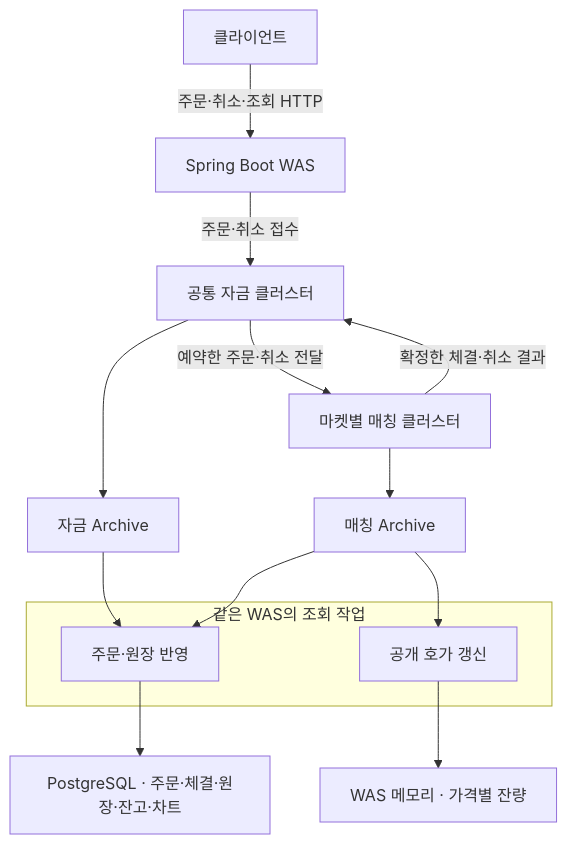
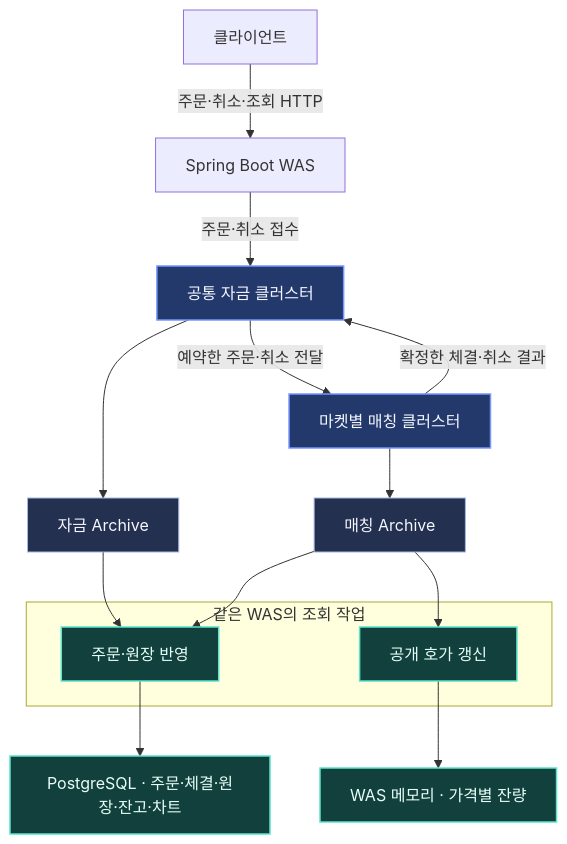
The diagram in README.md (0Chord/coin-exchange), drawn with Mermaid before and after one commit. The commit also changed other lines of this file and 2 other files, not shown here.

````diff
--- a/README.md
+++ b/README.md
@@ -21,21 +27,28 @@
 ```mermaid
 flowchart TB
     Client["클라이언트"] -->|"주문·취소·조회 HTTP"| WAS["Spring Boot WAS"]
     WAS -->|"주문·취소 접수"| Funds["공통 자금 클러스터"]
     Funds -->|"예약한 주문·취소 전달"| Matching["마켓별 매칭 클러스터"]
     Matching -->|"확정한 체결·취소 결과"| Funds
 
     Funds --> FundsArchive["자금 Archive"]
     Matching --> MatchingArchive["매칭 Archive"]
 
     subgraph Read["같은 WAS의 조회 작업"]
         Replay["주문·원장 반영"]
         Depth["공개 호가 갱신"]
     end
 
     FundsArchive --> Replay
     MatchingArchive --> Replay
     MatchingArchive --> Depth
     Replay --> DB["PostgreSQL · 주문·체결·원장·잔고·차트"]
     Depth --> Memory["WAS 메모리 · 가격별 잔량"]
+
+    classDef trading fill:#24396b,stroke:#7797ff,stroke-width:1.5px,color:#f5f7ff
+    classDef archive fill:#243050,stroke:#a5b6df,color:#f5f7ff
+    classDef query fill:#12413d,stroke:#59e4cb,stroke-width:1.5px,color:#e8fff9
+    class Funds,Matching trading
+    class FundsArchive,MatchingArchive archive
+    class Replay,Depth,DB,Memory query
 ```
````
